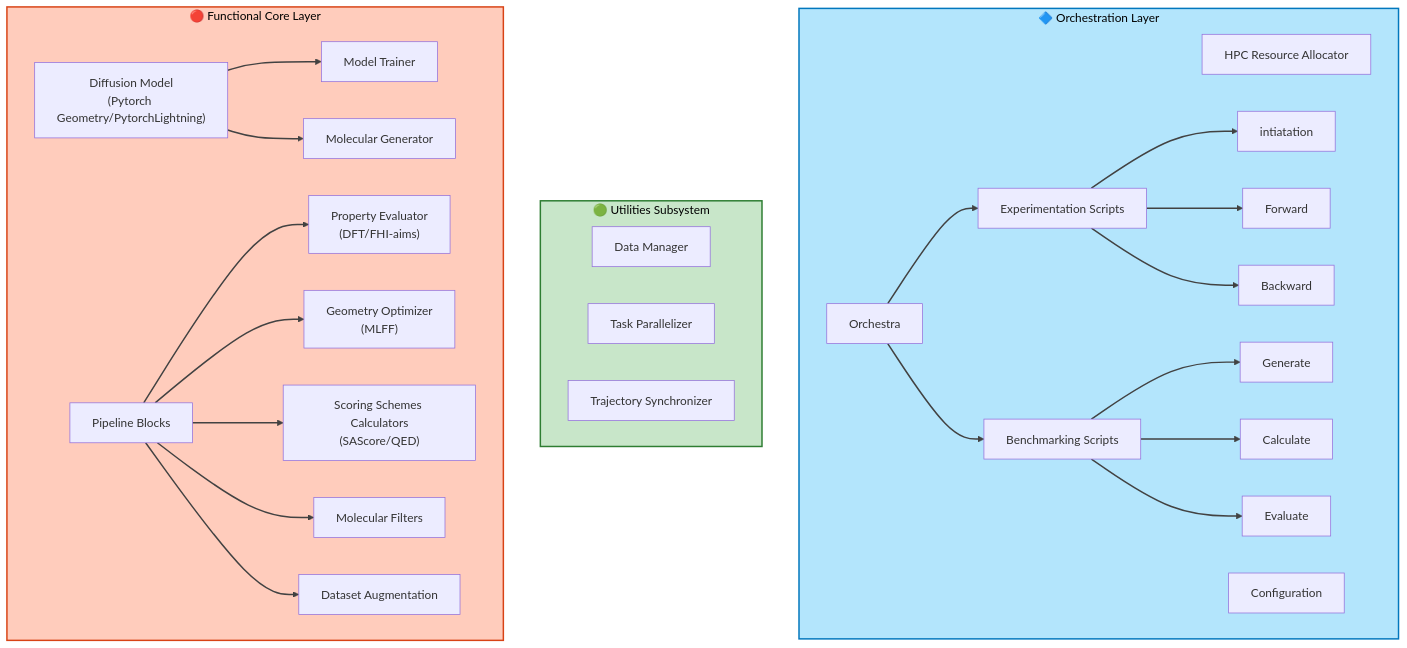
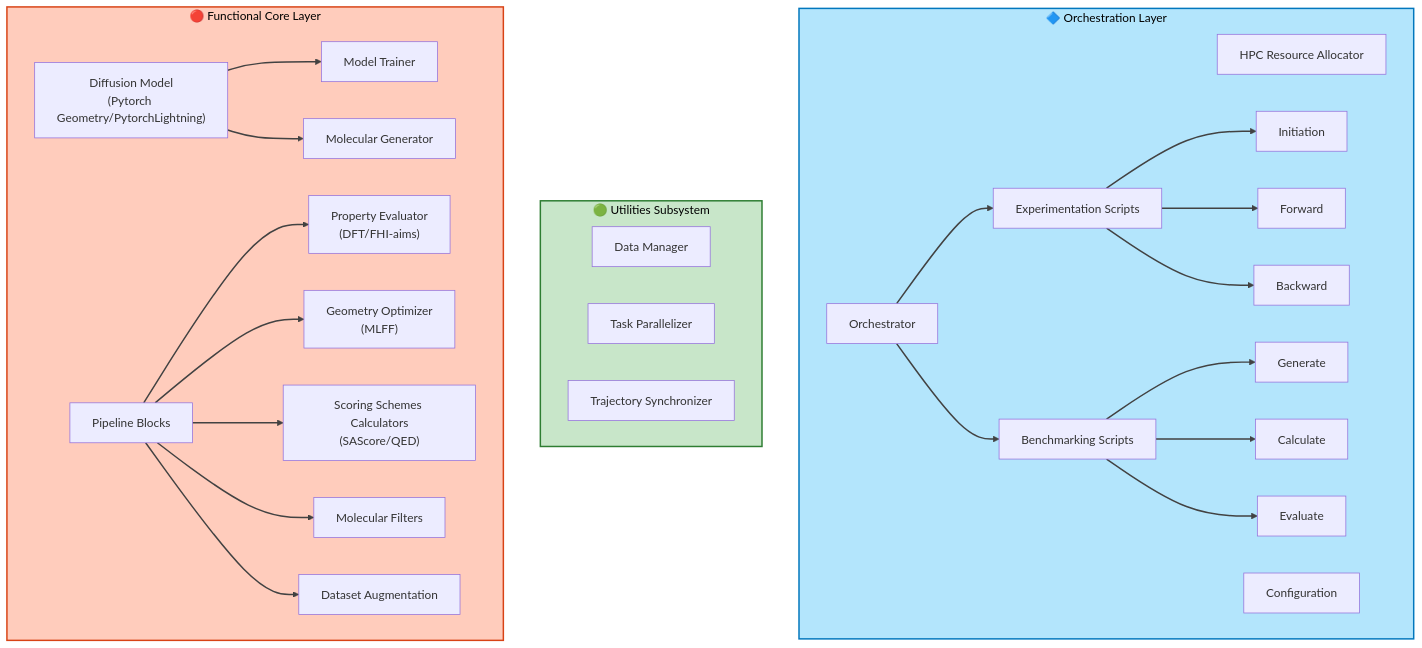
The second of 2 diagrams in README.md (lmedranos/qalpa), drawn with Mermaid before and after one commit. The commit also changed other lines of this file and 7 other files, not shown here.

````diff
--- a/README.md
+++ b/README.md
@@ -97,57 +97,57 @@
 ```mermaid
 graph TB
     subgraph orchestration["🔷 Orchestration Layer"]
         hpc["HPC Resource Allocator"]
         config["Configuration"]
-        orc["Orchestra"]
+        orc["Orchestrator"]
         Expsc["Experimentation Scripts"]
-        initsc["intiatation"]
+        initsc["Initiation"]
         forsc["Forward"]
         bacsc["Backward"]
         Evalsc["Benchmarking Scripts"]
         gensc["Generate"]
         calsc["Calculate"]
         evalsc["Evaluate"]
 
     end
 
     Expsc --> initsc
     Expsc --> forsc
     Expsc --> bacsc
     Evalsc --> gensc
     Evalsc --> calsc
     Evalsc --> evalsc
     orc --> Expsc
     orc --> Evalsc
    
 
     subgraph utilities["🟢 Utilities Subsystem"]
         data["Data Manager"]
         parallel["Task Parallelizer"]
         sync["Trajectory Synchronizer"]
     end
     
     subgraph functional["🔴 Functional Core Layer"]
         Diff["Diffusion Model<br/>(Pytorch Geometry/PytorchLightning)"]
         train["Model Trainer"]
         gen["Molecular Generator"]
         Pipeb["Pipeline Blocks"]
         eval["Property Evaluator<br/>(DFT/FHI-aims)"]
         opt["Geometry Optimizer<br/>(MLFF)"]
         sco["Scoring Schemes Calculators<br/>(SAScore/QED)"]
         sel["Molecular Filters"]
         Aug["Dataset Augmentation"]
     end
     Diff --> train
     Diff --> gen
     Pipeb --> eval
     Pipeb --> opt
     Pipeb --> sco
     Pipeb --> sel
     Pipeb --> Aug
     
     style orchestration fill:#B3E5FC,stroke:#0277BD,stroke-width:2px,color:#000
     style utilities fill:#C8E6C9,stroke:#2E7D32,stroke-width:2px,color:#000
     style functional fill:#FFCCBC,stroke:#D84315,stroke-width:2px,color:#000
     linkStyle default stroke:#424242,stroke-width:2px
 ```
````
